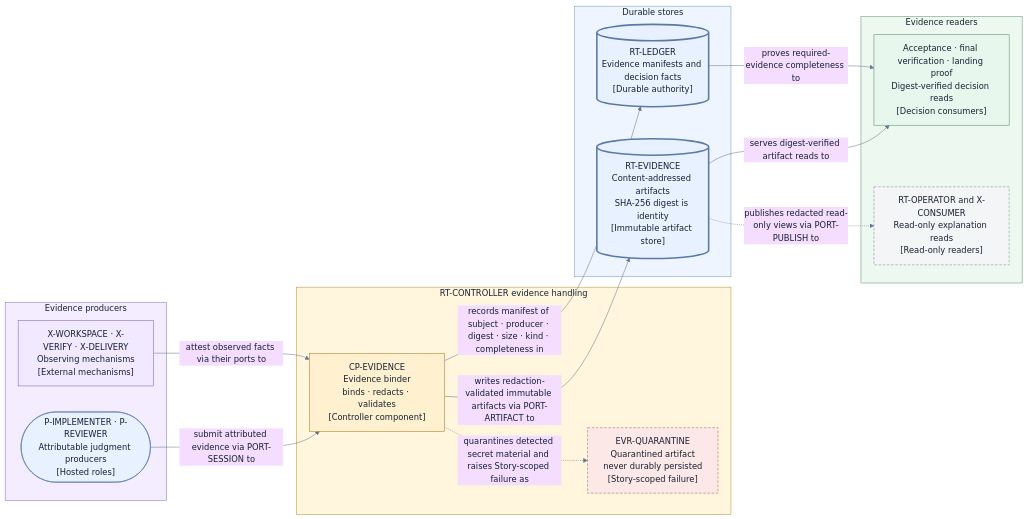
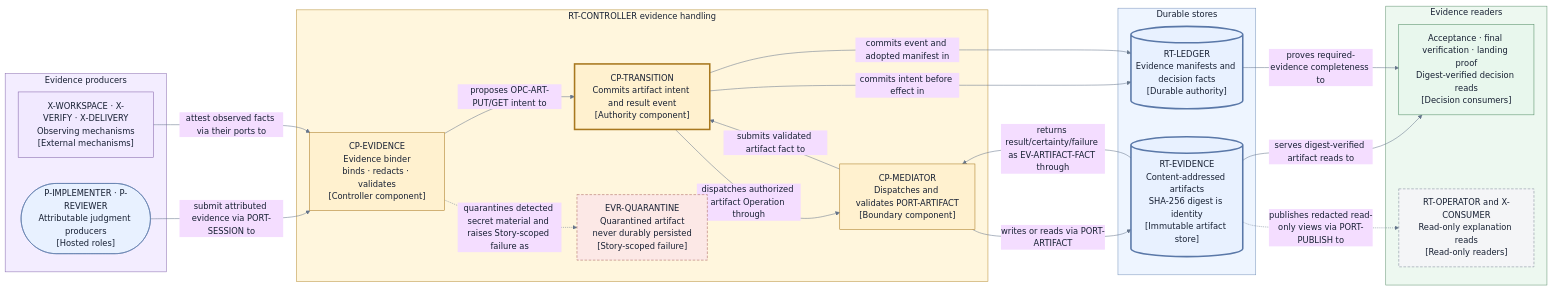
Before and after one commit to agentic-workflow-kit/jig: the diagram in docs/redesign/design/evidence-handling.md, drawn with Mermaid. The commit also changed other lines of this file and 33 other files, not shown here.

````diff
--- a/docs/redesign/design/evidence-handling.md
+++ b/docs/redesign/design/evidence-handling.md
@@ -124,51 +143,60 @@
 ```mermaid
 %%{init: {"theme": "base", "themeVariables": {"fontFamily": "Inter, ui-sans-serif, system-ui", "primaryTextColor": "#172033", "lineColor": "#65758b"}}}%%
 flowchart LR
     subgraph Producers["Evidence producers"]
         People(["P-IMPLEMENTER · P-REVIEWER<br/>Attributable judgment producers<br/>[Hosted roles]"])
         Mech["X-WORKSPACE · X-VERIFY · X-DELIVERY<br/>Observing mechanisms<br/>[External mechanisms]"]
     end
 
     subgraph Controller["RT-CONTROLLER evidence handling"]
         Binder["CP-EVIDENCE<br/>Evidence binder<br/>binds · redacts · validates<br/>[Controller component]"]
+        Transition["CP-TRANSITION<br/>Commits artifact intent and result event<br/>[Authority component]"]
+        Mediator["CP-MEDIATOR<br/>Dispatches and validates PORT-ARTIFACT<br/>[Boundary component]"]
         Quarantine["EVR-QUARANTINE<br/>Quarantined artifact<br/>never durably persisted<br/>[Story-scoped failure]"]
     end
 
     subgraph Durable["Durable stores"]
         Artifact[("RT-EVIDENCE<br/>Content-addressed artifacts<br/>SHA-256 digest is identity<br/>[Immutable artifact store]")]
         Ledger[("RT-LEDGER<br/>Evidence manifests and decision facts<br/>[Durable authority]")]
     end
 
     subgraph Readers["Evidence readers"]
         Decide["Acceptance · final verification · landing proof<br/>Digest-verified decision reads<br/>[Decision consumers]"]
         Observe["RT-OPERATOR and X-CONSUMER<br/>Read-only explanation reads<br/>[Read-only readers]"]
     end
 
     People -->|"submit attributed evidence via PORT-SESSION to"| Binder
     Mech -->|"attest observed facts via their ports to"| Binder
-    Binder -->|"writes redaction-validated immutable artifacts via PORT-ARTIFACT to"| Artifact
-    Binder -->|"records manifest of subject · producer · digest · size · kind · completeness in"| Ledger
+    Binder -->|"proposes OPC-ART-PUT/GET intent to"| Transition
+    Transition -->|"commits intent before effect in"| Ledger
+    Transition -->|"dispatches authorized artifact Operation through"| Mediator
+    Mediator -->|"writes or reads via PORT-ARTIFACT"| Artifact
+    Artifact -->|"returns result/certainty/failure as EV-ARTIFACT-FACT through"| Mediator
+    Mediator -->|"submits validated artifact fact to"| Transition
+    Transition -->|"commits event and adopted manifest in"| Ledger
     Binder -.->|"quarantines detected secret material and raises Story-scoped failure as"| Quarantine
     Artifact -->|"serves digest-verified artifact reads to"| Decide
     Ledger -->|"proves required-evidence completeness to"| Decide
     Artifact -.->|"publishes redacted read-only views via PORT-PUBLISH to"| Observe
 
     style Producers fill:#f3edff,stroke:#8a6eb0,color:#172033
     style Controller fill:#fff6dd,stroke:#b8903a,color:#172033
     style Durable fill:#eef5ff,stroke:#7a96bd,color:#172033
     style Readers fill:#edf8f0,stroke:#659574,color:#172033
     classDef person fill:#e8f1ff,stroke:#5a78a8,color:#172033
     classDef mechanism fill:#f1e9ff,stroke:#8061a8,color:#172033
     classDef component fill:#fff1cf,stroke:#a8781f,color:#172033
+    classDef authority fill:#fff1cf,stroke:#a8781f,stroke-width:3px,color:#172033
     classDef fault fill:#fce8e6,stroke:#a7615b,stroke-dasharray:5 3,color:#172033
     classDef store fill:#e8f1ff,stroke:#5a78a8,stroke-width:3px,color:#172033
     classDef decision fill:#e8f7ed,stroke:#4f8a63,color:#172033
     classDef consumer fill:#f4f5f7,stroke:#7c8798,stroke-dasharray:5 3,color:#172033
     class People person
     class Mech mechanism
-    class Binder component
+    class Binder,Mediator component
+    class Transition authority
     class Quarantine fault
     class Artifact,Ledger store
     class Decide decision
     class Observe consumer
 ```
````
